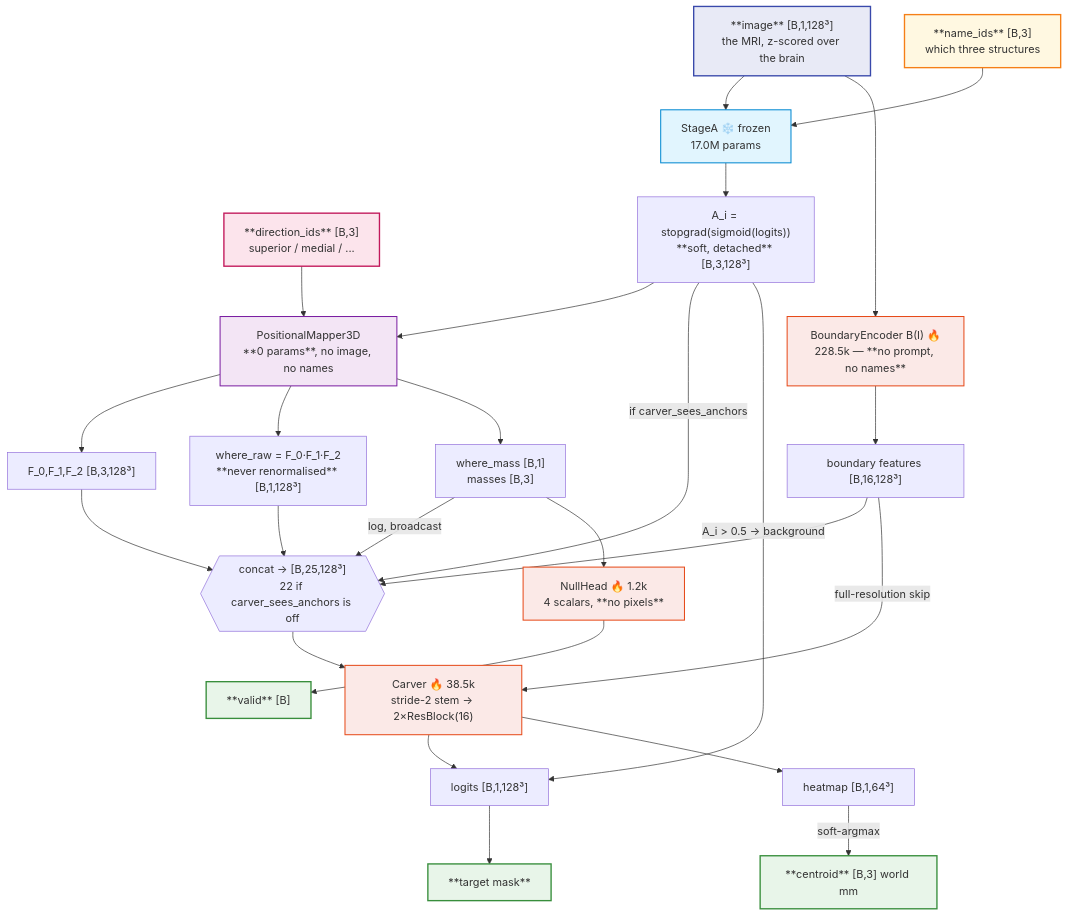
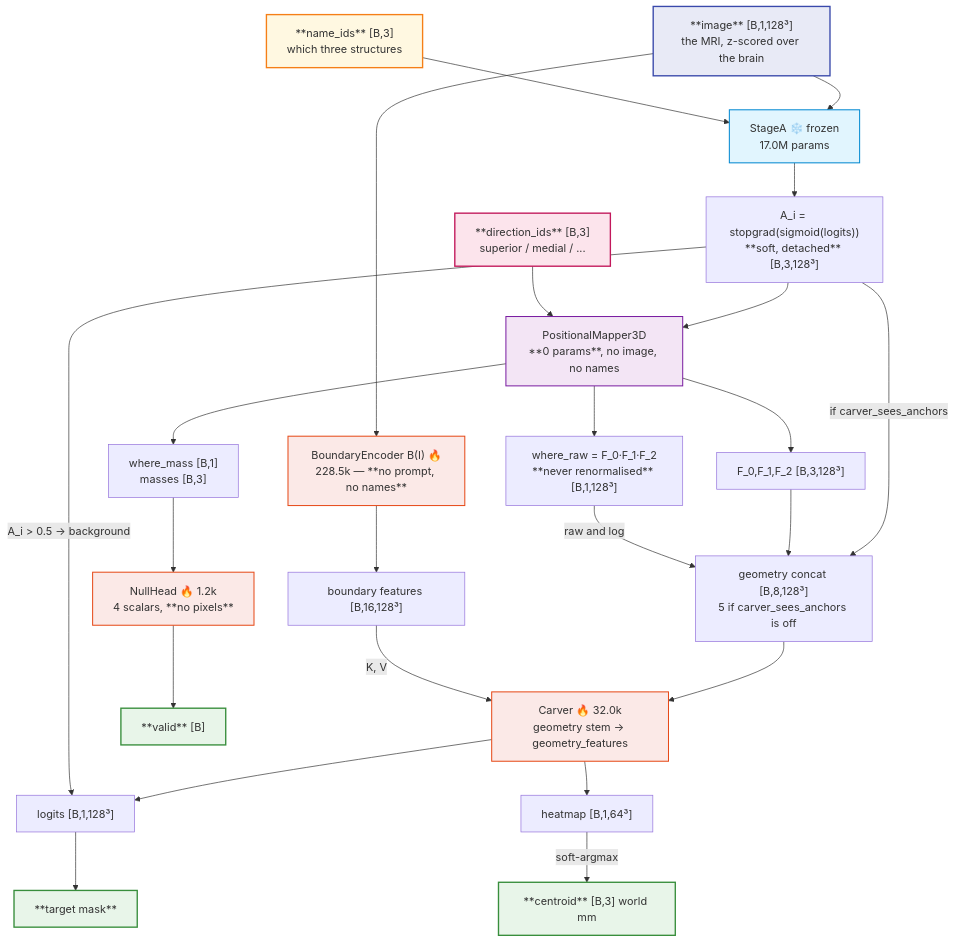
Before and after one commit to MaximeHuppe/SpatialVox: the diagram in documentation/Model Info/Phase B/MODEL PHASE B.md, drawn with Mermaid. The commit also changed other lines of this file and 17 other files, not shown here.

First line of the commit message:
Replace the carver with a geometry-only stem.

````diff
--- a/documentation/Model Info/Phase B/MODEL PHASE B.md
+++ b/documentation/Model Info/Phase B/MODEL PHASE B.md
@@ -32,55 +32,54 @@
 ```mermaid
 flowchart TB
     IMG["**image** [B,1,128³]<br/>the MRI, z-scored over the brain"]
     NID["**name_ids** [B,3]<br/>which three structures"]
     DID["**direction_ids** [B,3]<br/>superior / medial / ..."]
 
     IMG --> SA["StageA ❄️ frozen<br/>17.0M params"]
     NID --> SA
     SA --> ANC["A_i = stopgrad(sigmoid(logits))<br/>**soft, detached** [B,3,128³]"]
 
     ANC --> MAP["PositionalMapper3D<br/>**0 params**, no image, no names"]
     DID --> MAP
     MAP --> FLD["F_0,F_1,F_2 [B,3,128³]"]
     MAP --> WHR["where_raw = F_0·F_1·F_2<br/>**never renormalised** [B,1,128³]"]
     MAP --> MSS["where_mass [B,1]<br/>masses [B,3]"]
 
     IMG --> BI["BoundaryEncoder B(I) 🔥<br/>228.5k — **no prompt, no names**"]
     BI --> BF["boundary features [B,16,128³]"]
 
-    BF --> CAT{{"concat → [B,25,128³]<br/>22 if carver_sees_anchors is off"}}
+    CAT["geometry concat [B,8,128³]<br/>5 if carver_sees_anchors is off"]
     ANC -->|"if carver_sees_anchors"| CAT
     FLD --> CAT
-    WHR --> CAT
-    MSS -->|"log, broadcast"| CAT
+    WHR -->|"raw and log"| CAT
 
-    CAT --> CRV["Carver 🔥 38.5k<br/>stride-2 stem → 2×ResBlock(16)"]
-    BF -->|"full-resolution skip"| CRV
+    CAT --> CRV["Carver 🔥 32.0k<br/>geometry stem → geometry_features"]
+    BF -->|"K, V"| CRV
     CRV --> LOG["logits [B,1,128³]"]
     CRV --> HM["heatmap [B,1,64³]"]
 
     ANC -->|"A_i > 0.5 → background"| LOG
     HM -->|"soft-argmax"| CEN["**centroid** [B,3] world mm"]
     MSS --> NUL["NullHead 🔥 1.2k<br/>4 scalars, **no pixels**"]
     NUL --> VAL["**valid** [B]"]
     LOG --> OUT["**target mask**"]
 
     %% Class Definitions
     classDef inImg fill:#e8eaf6,stroke:#3949ab,stroke-width:2px;
     classDef inName fill:#fff8e1,stroke:#f57f17,stroke-width:2px;
     classDef inDir fill:#fce4ec,stroke:#c2185b,stroke-width:2px;
 
     classDef frozen fill:#e1f5fe,stroke:#0288d1,stroke-width:1.5px;
     classDef free fill:#f3e5f5,stroke:#7b1fa2,stroke-width:1.5px;
     classDef trained fill:#fbe9e7,stroke:#e64a19,stroke-width:1.5px;
     classDef out fill:#e8f5e9,stroke:#388e3c,stroke-width:2px;
 
     %% Class Assignments
     class IMG inImg;
     class NID inName;
     class DID inDir;
     class SA frozen;
     class MAP free;
     class BI,CRV,NUL trained;
     class OUT,VAL,CEN out;
 ```
````
